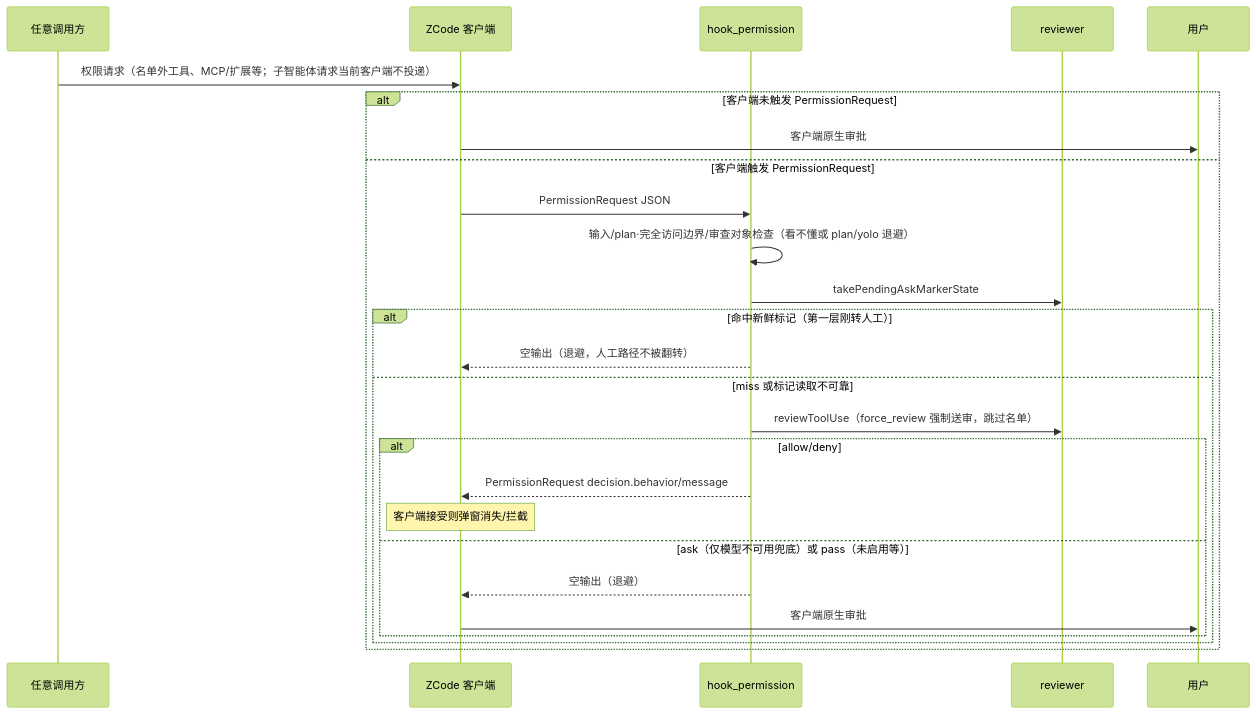
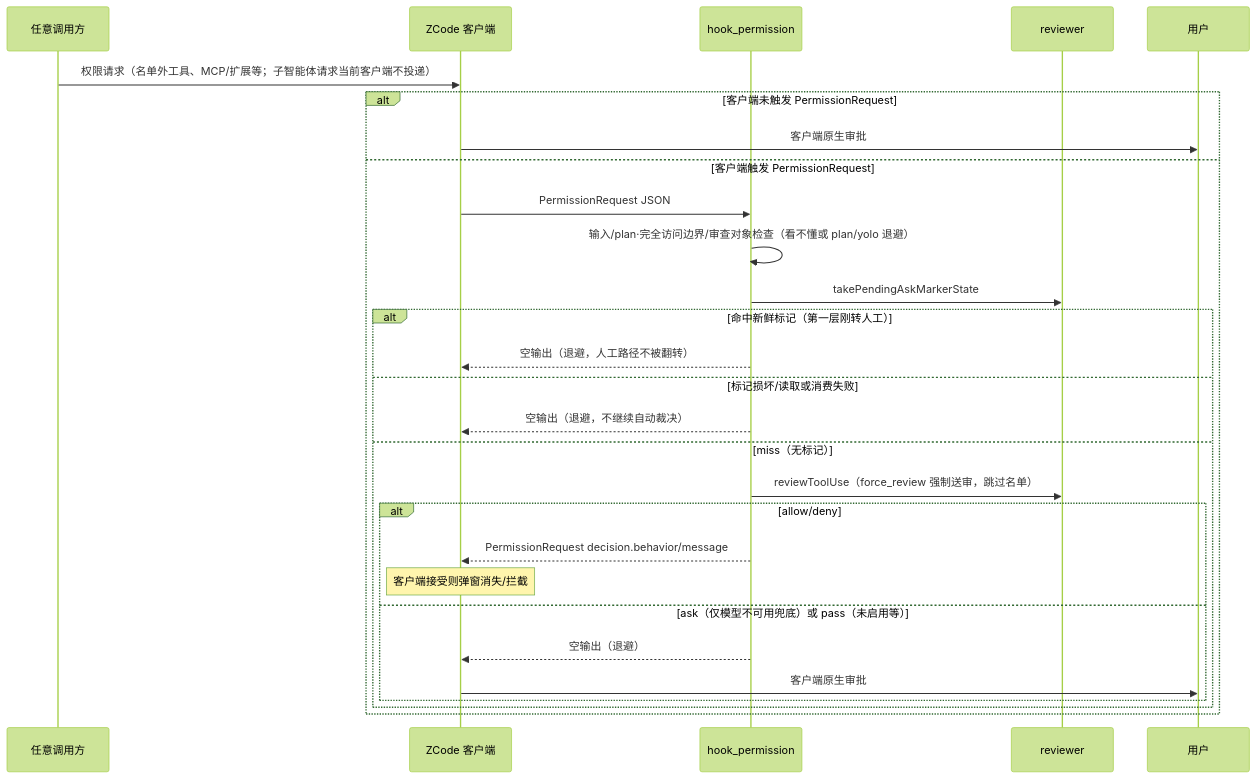
The second of 4 diagrams in docs/project_wiki/02_开发文档/模块运行流程图.md (cy-2-u/zhao), drawn with Mermaid (forest theme) before and after one commit. The commit also changed other lines of this file and 37 other files, not shown here.

````diff
--- a/docs/project_wiki/02_开发文档/模块运行流程图.md
+++ b/docs/project_wiki/02_开发文档/模块运行流程图.md
@@ -48,28 +48,30 @@
 ```mermaid
 sequenceDiagram
     participant A as 任意调用方
     participant Z as ZCode 客户端
     participant HP as hook_permission
     participant R as reviewer
     participant U as 用户
     A->>Z: 权限请求（名单外工具、MCP/扩展等；子智能体请求当前客户端不投递）
     alt 客户端未触发 PermissionRequest
         Z->>U: 客户端原生审批
     else 客户端触发 PermissionRequest
         Z->>HP: PermissionRequest JSON
         HP->>HP: 输入/plan·完全访问边界/审查对象检查（看不懂或 plan/yolo 退避）
         HP->>R: takePendingAskMarkerState
         alt 命中新鲜标记（第一层刚转人工）
             HP-->>Z: 空输出（退避，人工路径不被翻转）
-        else miss 或标记读取不可靠
+        else 标记损坏/读取或消费失败
+            HP-->>Z: 空输出（退避，不继续自动裁决）
+        else miss（无标记）
             HP->>R: reviewToolUse（force_review 强制送审，跳过名单）
             alt allow/deny
                 HP-->>Z: PermissionRequest decision.behavior/message
                 Note over Z: 客户端接受则弹窗消失/拦截
             else ask（仅模型不可用兜底）或 pass（未启用等）
                 HP-->>Z: 空输出（退避）
                 Z->>U: 客户端原生审批
             end
         end
     end
 ```
````
